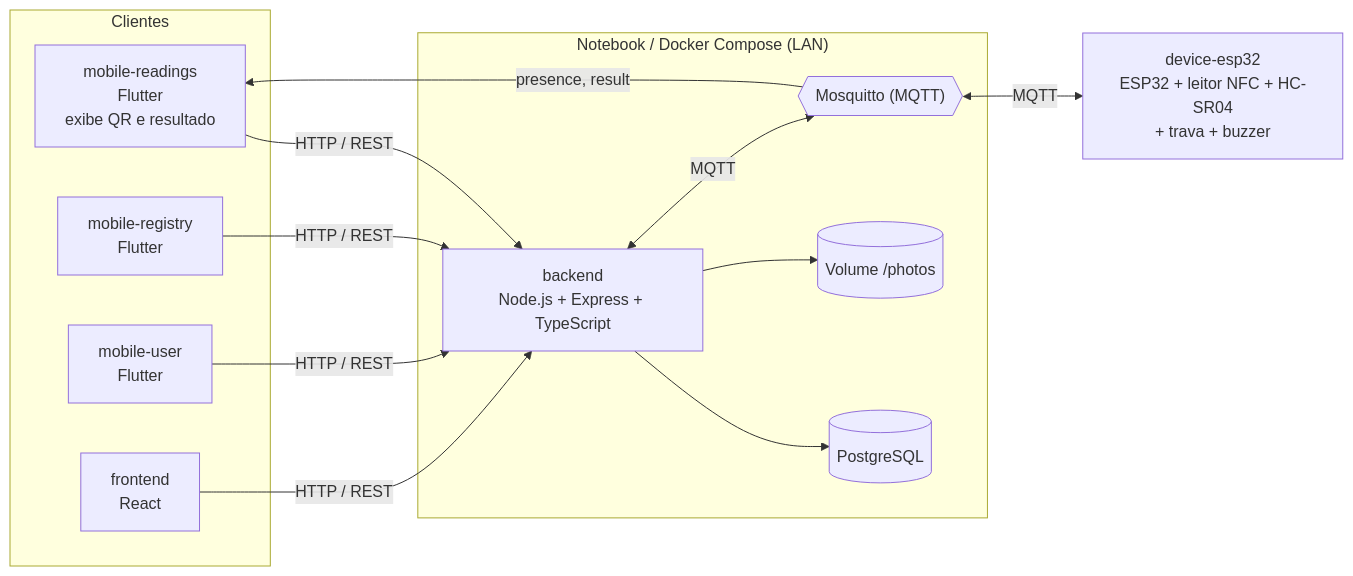
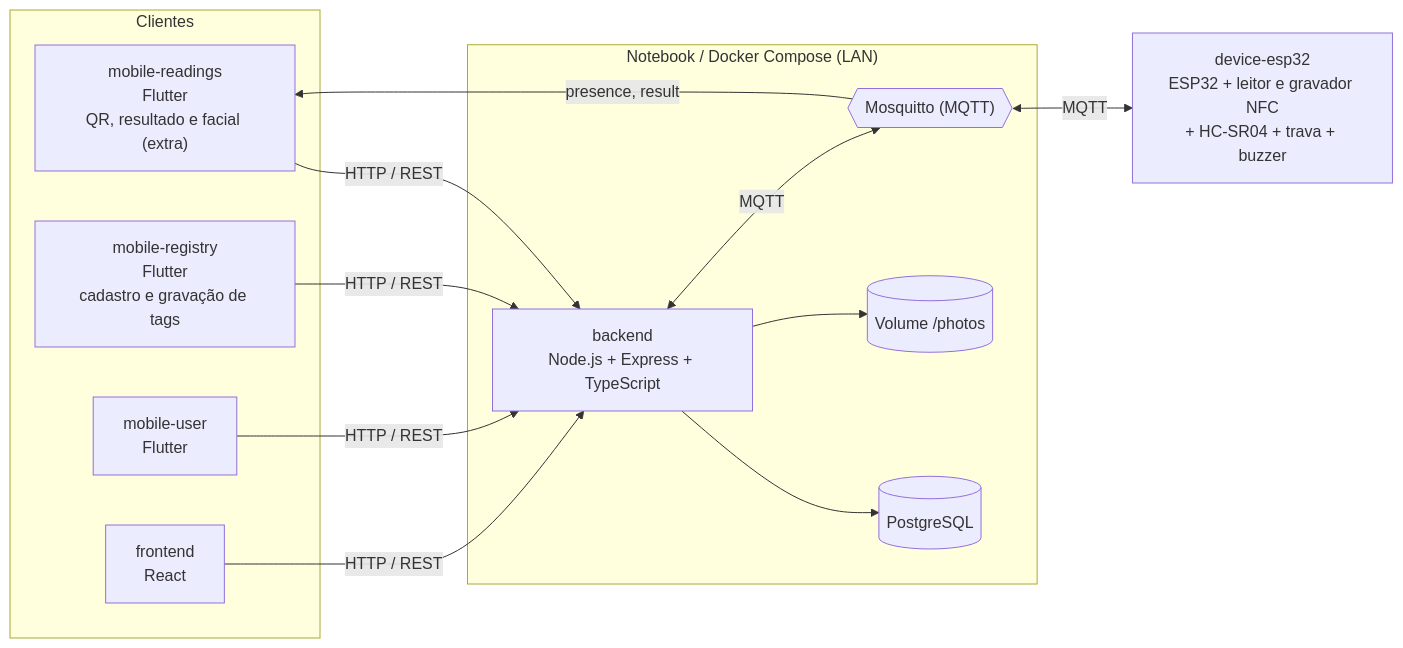
One commit to Helloworld-fatec/access-control changed the first of 2 diagrams in README.md. Above: the diagram before and after it, drawn with Mermaid. The commit also changed other lines of this file and 2 other files, not shown here.

First line of the commit message:
docs: ESP32 lê e grava as tags NFC; código gerado pelo backend

````diff
--- a/README.md
+++ b/README.md
@@ -51,23 +51,23 @@
 ```mermaid
 flowchart LR
   subgraph Clientes
-    RD["mobile-readings<br/>Flutter<br/>exibe QR e resultado"]
-    RG["mobile-registry<br/>Flutter"]
+    RD["mobile-readings<br/>Flutter<br/>QR, resultado e facial (extra)"]
+    RG["mobile-registry<br/>Flutter<br/>cadastro e gravação de tags"]
     US["mobile-user<br/>Flutter"]
     FE["frontend<br/>React"]
   end
   subgraph Servidor["Notebook / Docker Compose (LAN)"]
     BE["backend<br/>Node.js + Express + TypeScript"]
     DB[("PostgreSQL")]
     PH[("Volume /photos")]
     MQ{{"Mosquitto (MQTT)"}}
   end
-  ESP["device-esp32<br/>ESP32 + leitor NFC + HC-SR04<br/>+ trava + buzzer"]
+  ESP["device-esp32<br/>ESP32 + leitor e gravador NFC<br/>+ HC-SR04 + trava + buzzer"]
 
   RD & RG & US & FE -- "HTTP / REST" --> BE
   BE --> DB
   BE --> PH
   BE <-- "MQTT" --> MQ
   MQ <-- "MQTT" --> ESP
   MQ -- "presence, result" --> RD
 ```
````
